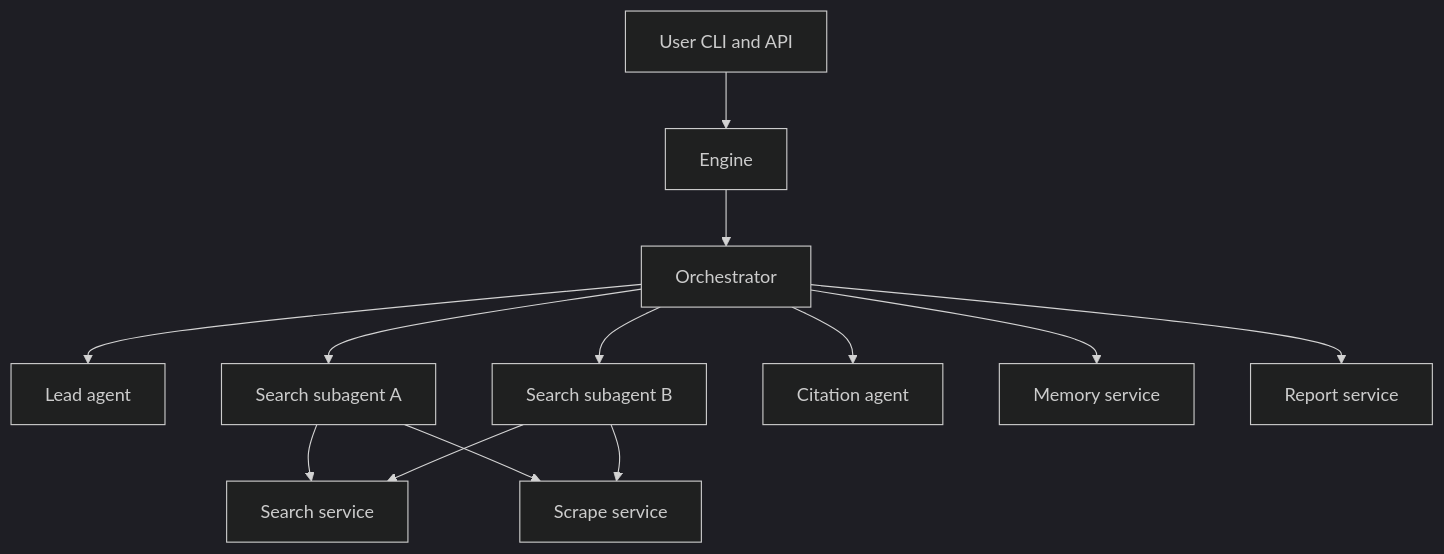
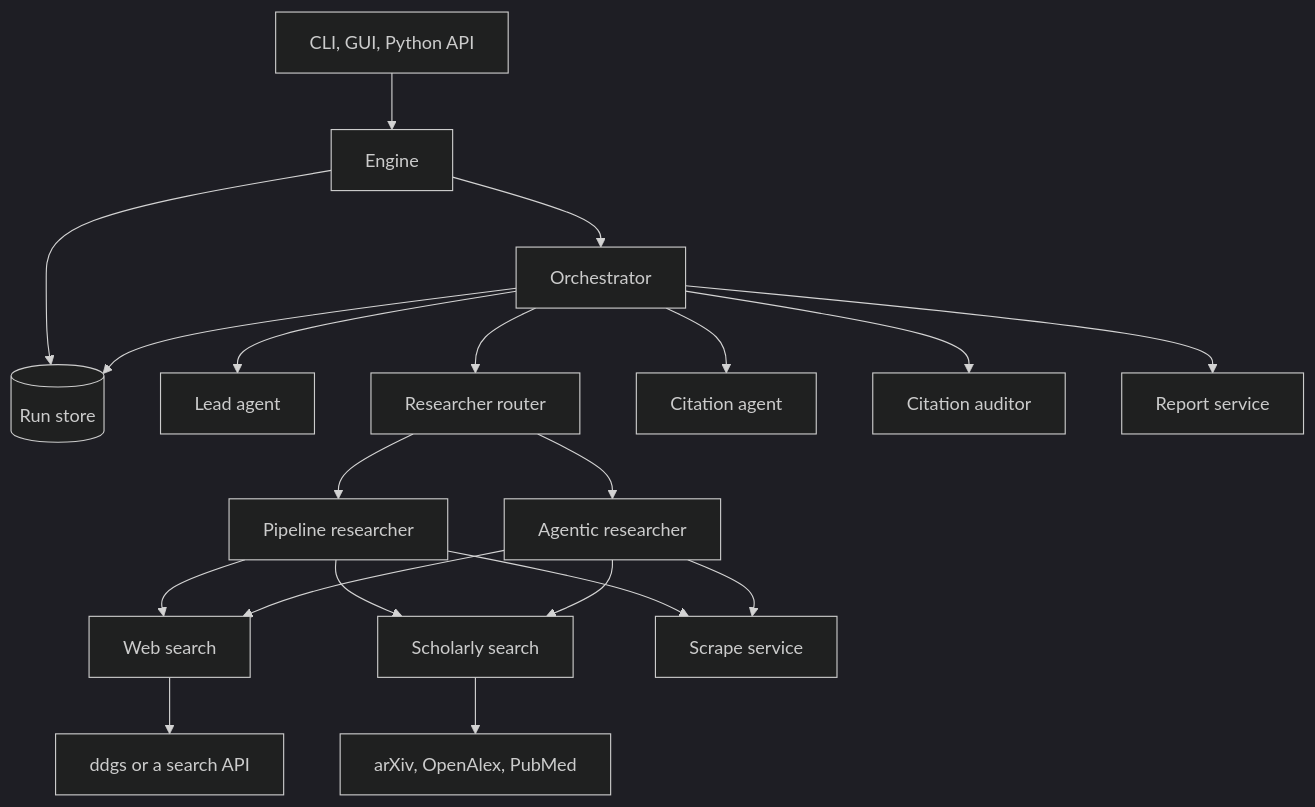
One commit to jolovicdev/shandu changed the first of 3 diagrams in ARCH.md. Above: the diagram before and after it, drawn with Mermaid (dark theme). The commit also changed other lines of this file and 2 other files, not shown here.

First line of the commit message:
Describe the 4.0 research flow in the docs

````diff
--- a/ARCH.md
+++ b/ARCH.md
@@ -7,18 +7,25 @@
 ```mermaid
 flowchart TD
-    user[User CLI and API] --> engine[Engine]
+    user[CLI, GUI, Python API] --> engine[Engine]
     engine --> orch[Orchestrator]
+    engine --> store[(Run store)]
 
     orch --> lead[Lead agent]
-    orch --> suba[Search subagent A]
-    orch --> subb[Search subagent B]
+    orch --> router[Researcher router]
     orch --> cite[Citation agent]
+    orch --> audit[Citation auditor]
+    orch --> report[Report service]
+    orch --> store
 
-    suba --> search[Search service]
-    suba --> scrape[Scrape service]
-    subb --> search
-    subb --> scrape
+    router --> pipeline[Pipeline researcher]
+    router --> agentic[Agentic researcher]
+    pipeline --> web[Web search]
+    pipeline --> papers[Scholarly search]
+    pipeline --> scrape[Scrape service]
+    agentic --> web
+    agentic --> papers
+    agentic --> scrape
 
-    orch --> mem[Memory service]
-    orch --> report[Report service]
+    web --> ddgs[ddgs or a search API]
+    papers --> apis[arXiv, OpenAlex, PubMed]
 ```
````
